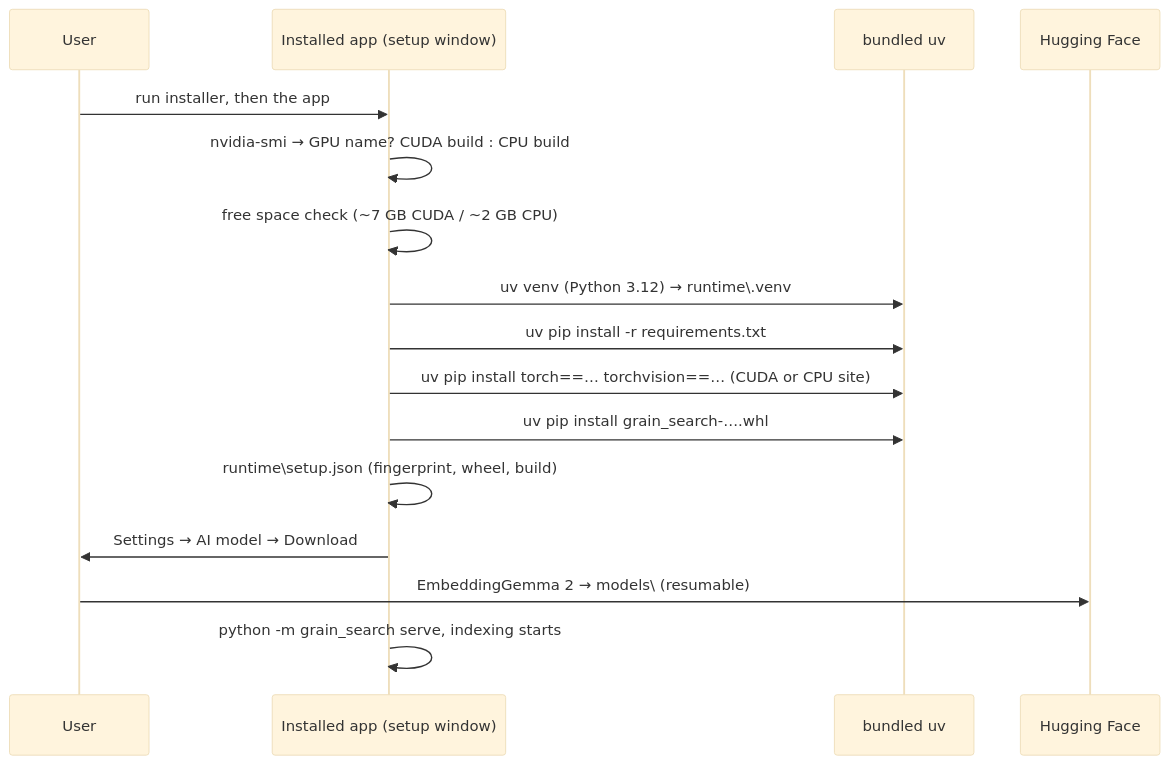
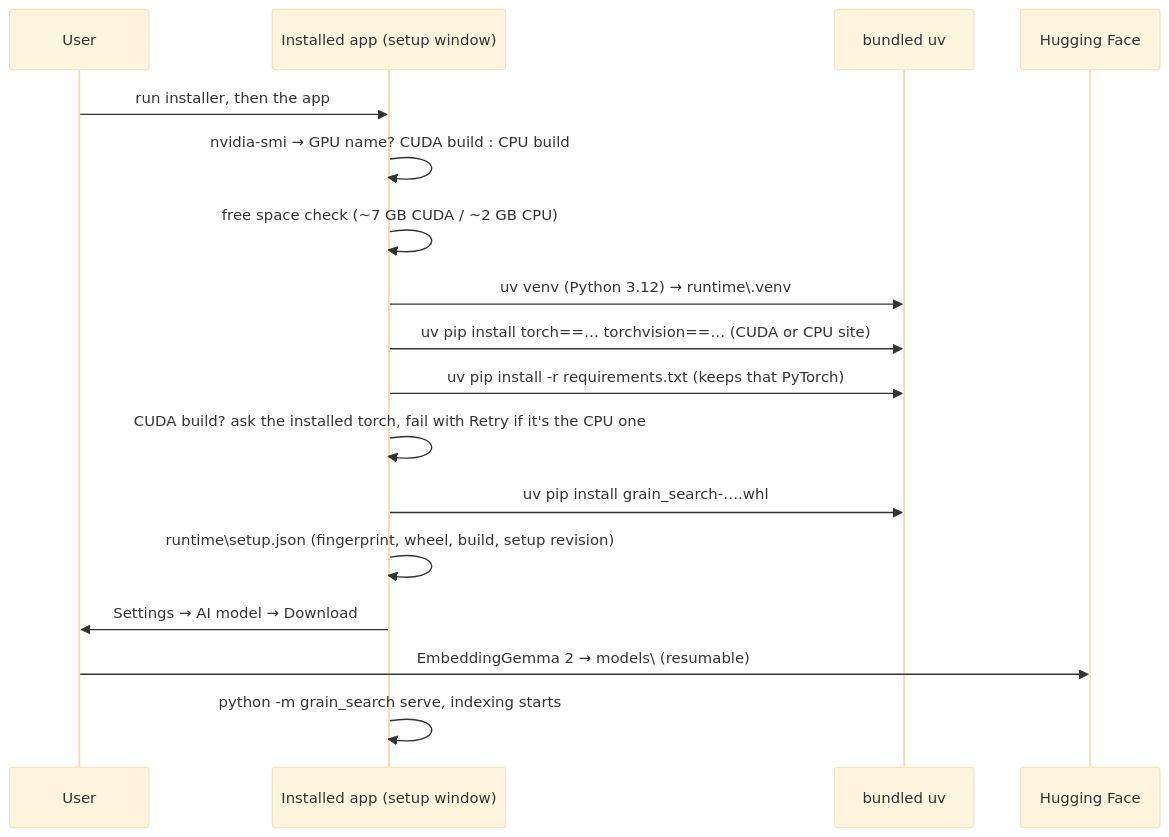
The seventh of 7 diagrams in docs/architecture.md (saifu7/grain-search), drawn with Mermaid (base theme) before and after one commit. The commit also changed other lines of this file and 3 other files, not shown here.

Commit message:
fix(app): install PyTorch before the libraries so GPU PCs get the CUD… (#24)

````diff
--- a/docs/architecture.md
+++ b/docs/architecture.md
@@ -362,18 +362,19 @@
 ```mermaid
 sequenceDiagram
     participant U as User
     participant A as Installed app (setup window)
     participant UV as bundled uv
     participant HF as Hugging Face
     U->>A: run installer, then the app
     A->>A: nvidia-smi → GPU name? CUDA build : CPU build
     A->>A: free space check (~7 GB CUDA / ~2 GB CPU)
     A->>UV: uv venv (Python 3.12) → runtime\.venv
-    A->>UV: uv pip install -r requirements.txt
     A->>UV: uv pip install torch==… torchvision==… (CUDA or CPU site)
+    A->>UV: uv pip install -r requirements.txt (keeps that PyTorch)
+    A->>A: CUDA build? ask the installed torch, fail with Retry if it's the CPU one
     A->>UV: uv pip install grain_search-….whl
-    A->>A: runtime\setup.json (fingerprint, wheel, build)
+    A->>A: runtime\setup.json (fingerprint, wheel, build, setup revision)
     A->>U: Settings → AI model → Download
     U->>HF: EmbeddingGemma 2 → models\ (resumable)
     A->>A: python -m grain_search serve, indexing starts
 ```
````
